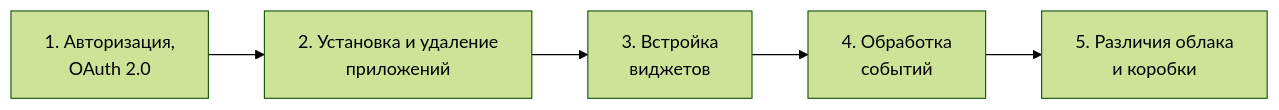
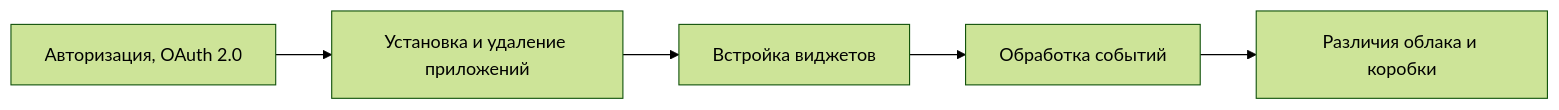
The diagram in api-reference/index.md (bitrix-tools/b24-rest-docs), drawn with Mermaid before and after one commit.

Commit message:
fix mermaid syntax

````diff
--- a/api-reference/index.md
+++ b/api-reference/index.md
@@ -9,18 +9,13 @@
 ```mermaid
 %%{init: { "theme": "forest" } }%%
 flowchart LR
-    1[1. Авторизация, 
-    OAuth 2.0]
-    2[2. Установка и удаление 
-    приложений]
-    3[3. Встройка 
-    виджетов]
-    4[4. Обработка 
-    событий]
-    5[5. Различия облака 
-    и коробки]
-    1 --> 2
-    2 --> 3
-    3 --> 4
-    4 --> 5
+    id1[Авторизация, OAuth 2.0]
+    id2[Установка и удаление приложений]
+    id3[Встройка виджетов]
+    id4[Обработка событий]
+    id5[Различия облака и коробки]
+    id1 --> id2
+    id2 --> id3
+    id3 --> id4
+    id4 --> id5
 ```
````
